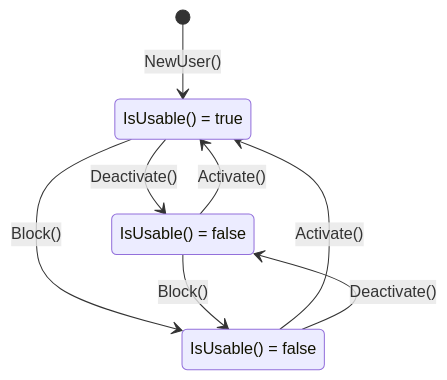
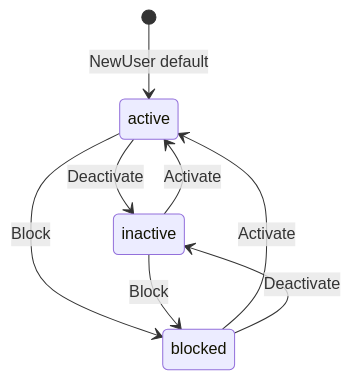
One commit to FangcunMount/iam changed the second of 3 diagrams in docs/02-业务模块/01-Identity/01-领域模型-User-Profile-ProfileLink.md. Above: the diagram before and after it, drawn with Mermaid. The commit also changed other lines of this file and 7 other files, not shown here.

````diff
--- a/docs/02-业务模块/01-Identity/01-领域模型-User-Profile-ProfileLink.md
+++ b/docs/02-业务模块/01-Identity/01-领域模型-User-Profile-ProfileLink.md
@@ -327,14 +313,10 @@
 ```mermaid
 stateDiagram-v2
-    [*] --> Active : NewUser()
-    Active --> Inactive : Deactivate()
-    Inactive --> Active : Activate()
-    Active --> Blocked : Block()
-    Inactive --> Blocked : Block()
-    Blocked --> Active : Activate()
-    Blocked --> Inactive : Deactivate()
-
-    Active : IsUsable() = true
-    Inactive : IsUsable() = false
-    Blocked : IsUsable() = false
+    [*] --> active: NewUser default
+    active --> inactive: Deactivate
+    active --> blocked: Block
+    inactive --> active: Activate
+    inactive --> blocked: Block
+    blocked --> active: Activate
+    blocked --> inactive: Deactivate
 ```
````
